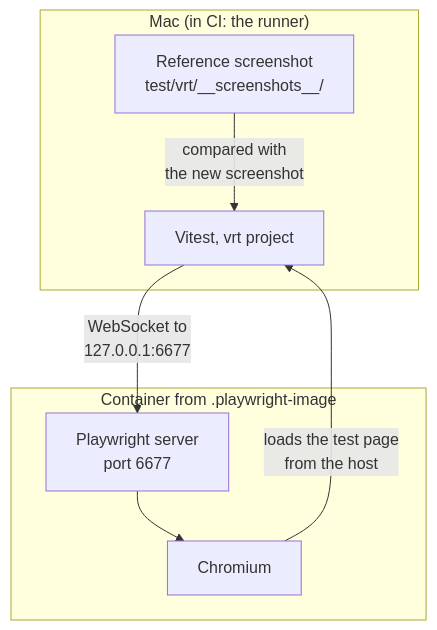
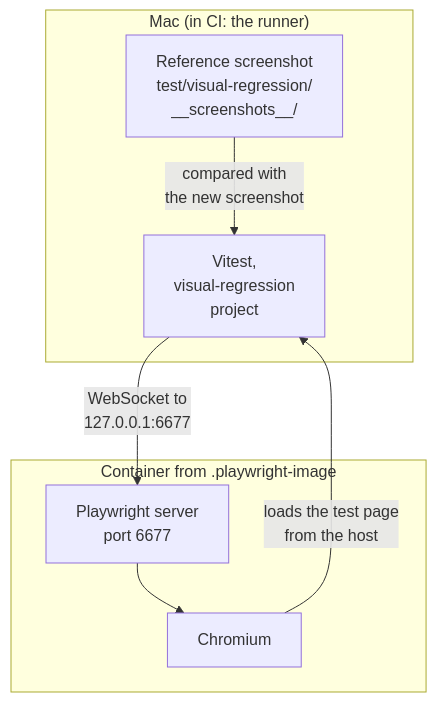
One commit to uraitakahito/hello-typescript-vitest changed the diagram in docs/en/visual-regression.md. Above: the diagram before and after it, drawn with Mermaid. The commit also changed other lines of this file and 6 other files, not shown here.

First line of the commit message:
Use the visual-regression names in the docs

````diff
--- a/docs/en/visual-regression.md
+++ b/docs/en/visual-regression.md
@@ -7,13 +7,13 @@
 ```mermaid
 flowchart TB
   subgraph host["Mac (in CI: the runner)"]
-    reference["Reference screenshot<br>test/vrt/__screenshots__/"]
-    vitest["Vitest, vrt project"]
+    reference["Reference screenshot<br>test/visual-regression/<br>__screenshots__/"]
+    vitest["Vitest,<br>visual-regression<br>project"]
   end
   subgraph box["Container from .playwright-image"]
     server["Playwright server<br>port 6677"] --> chromium["Chromium"]
   end
   reference -- "compared with<br>the new screenshot" --> vitest
   vitest -- "WebSocket to<br>127.0.0.1:6677" --> server
   chromium -- "loads the test page<br>from the host" --> vitest
 ```
````
